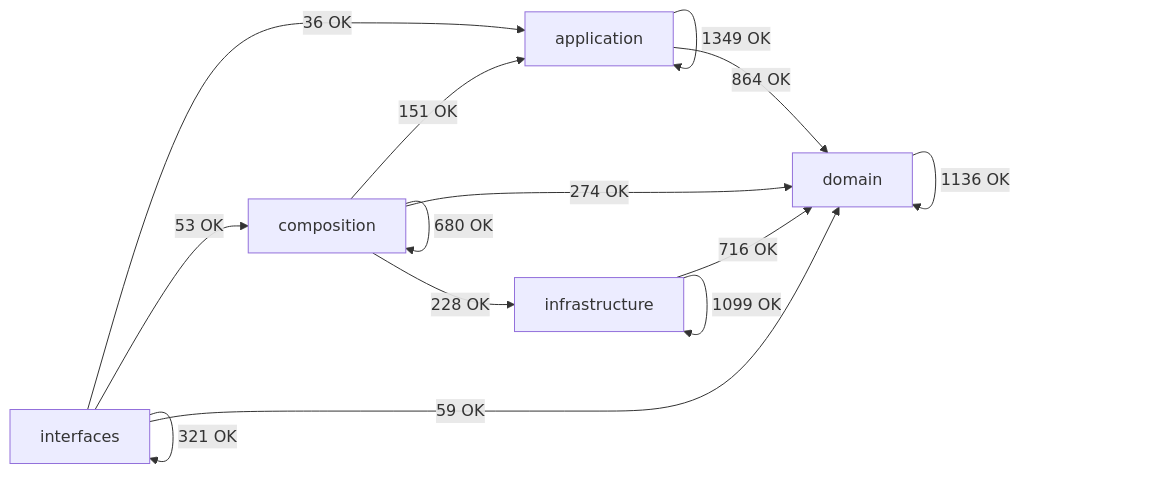
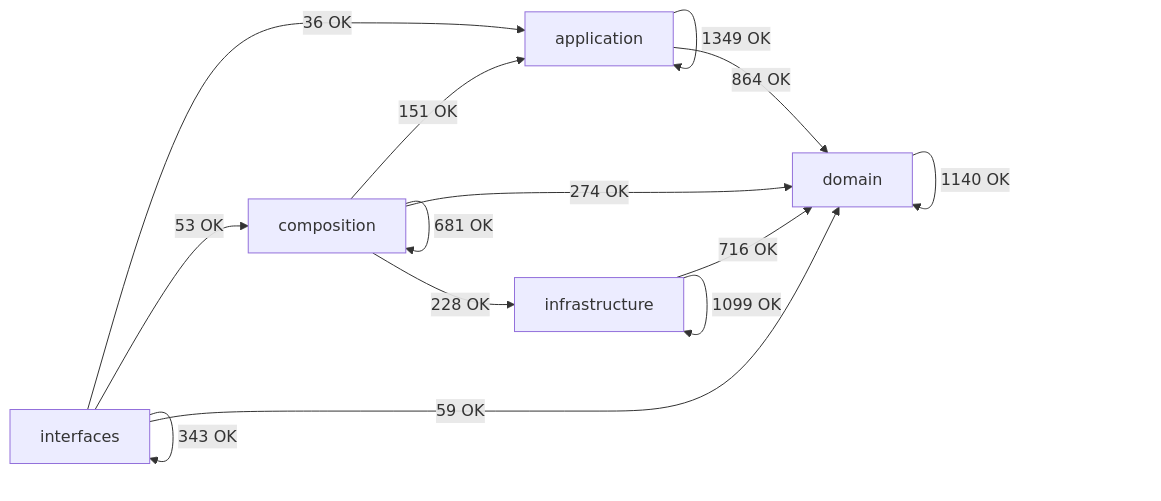
One commit to SatoryKono/BioactivityDataAcquisition changed the diagram in docs/02-architecture/generated/module-dependency-map.md. Above: the diagram before and after it, drawn with Mermaid. The commit also changed other lines of this file and 110 other files, not shown here.

````diff
--- a/docs/02-architecture/generated/module-dependency-map.md
+++ b/docs/02-architecture/generated/module-dependency-map.md
@@ -17,21 +17,21 @@
 ```mermaid
 flowchart LR
     domain[domain]
     application[application]
     infrastructure[infrastructure]
     composition[composition]
     interfaces[interfaces]
     application -->|1349 OK| application
     application -->|864 OK| domain
     composition -->|151 OK| application
-    composition -->|680 OK| composition
+    composition -->|681 OK| composition
     composition -->|274 OK| domain
     composition -->|228 OK| infrastructure
-    domain -->|1136 OK| domain
+    domain -->|1140 OK| domain
     infrastructure -->|716 OK| domain
     infrastructure -->|1099 OK| infrastructure
     interfaces -->|36 OK| application
     interfaces -->|53 OK| composition
     interfaces -->|59 OK| domain
-    interfaces -->|321 OK| interfaces
+    interfaces -->|343 OK| interfaces
 ```
````
